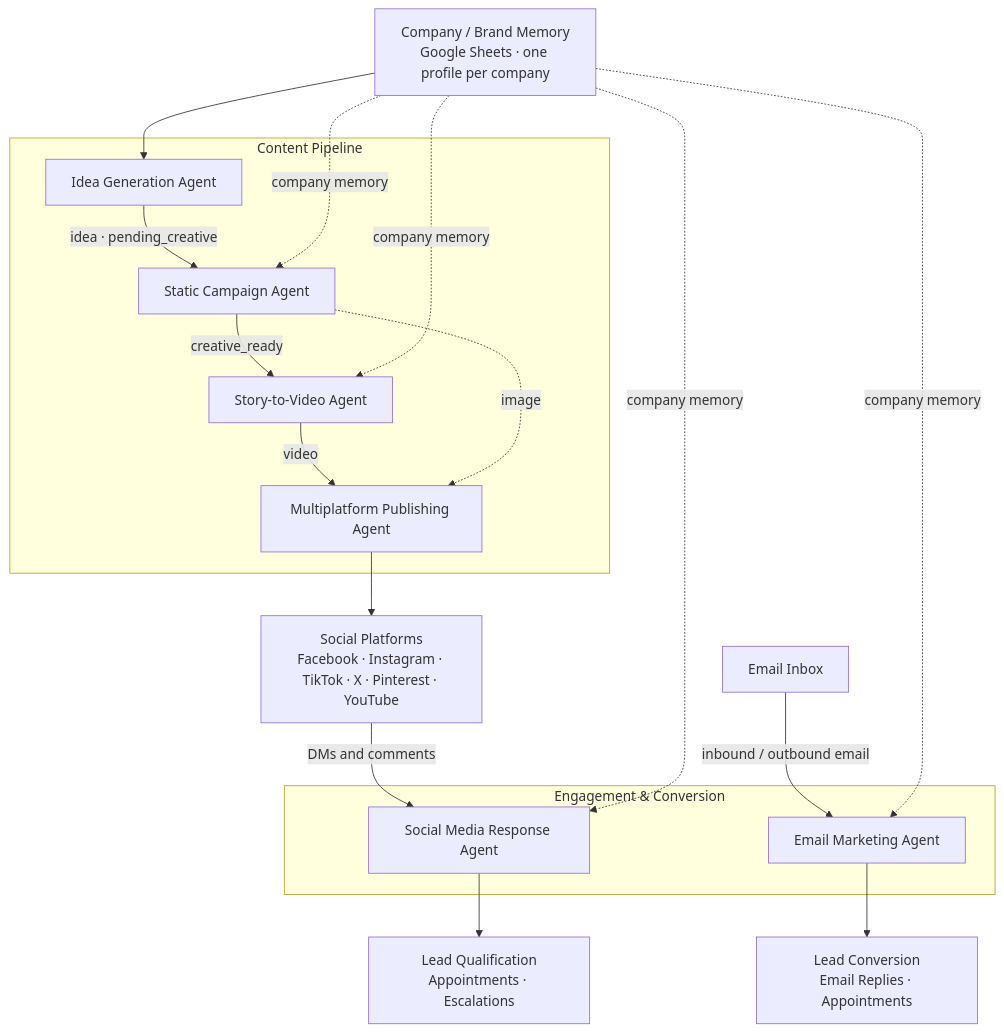
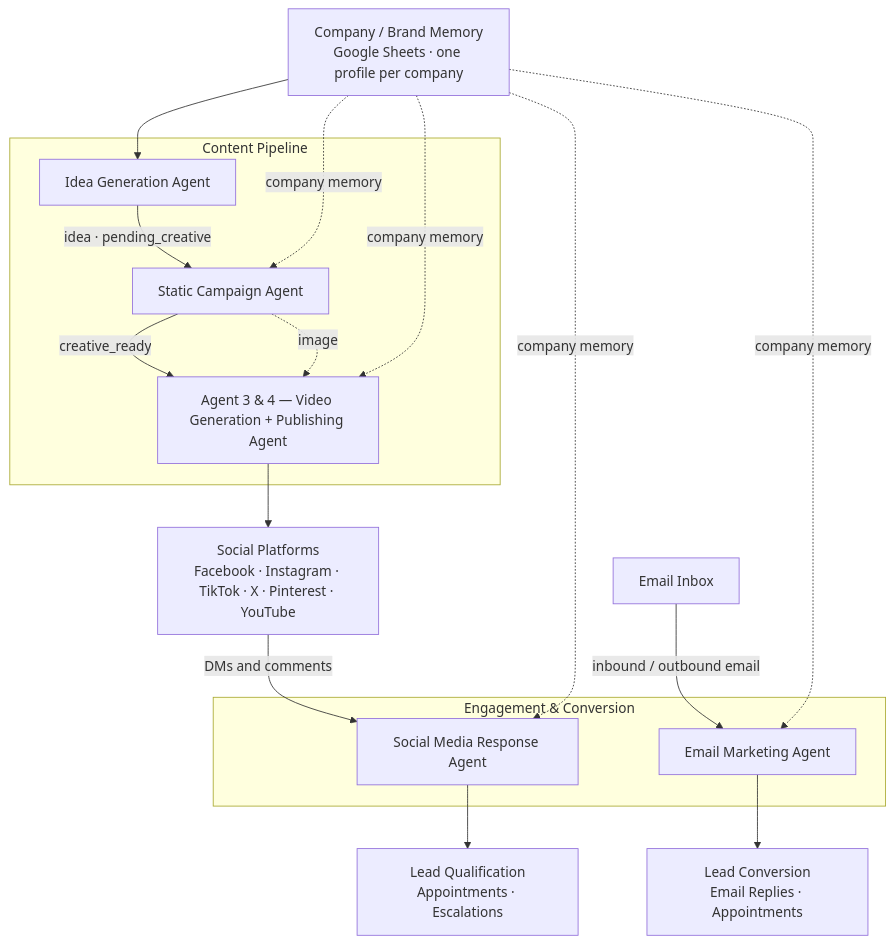
Before and after one commit to Anukul-Chandra/BrandFlow-AI---Autonomous-Multi-Agent-Marketing-System: the diagram in README.md, drawn with Mermaid. The commit also changed other lines of this file and 5 other files, not shown here.

````diff
--- a/README.md
+++ b/README.md
@@ -189,40 +158,38 @@
 ```mermaid
 flowchart TB
     M["Company / Brand Memory<br/>Google Sheets · one profile per company"]
 
     subgraph Pipeline ["Content Pipeline"]
         A1["Idea Generation Agent"]
         A2["Static Campaign Agent"]
-        A3["Story-to-Video Agent"]
-        A4["Multiplatform Publishing Agent"]
+        A3["Agent 3 & 4 — Video Generation + Publishing Agent"]
     end
 
     SP["Social Platforms<br/>Facebook · Instagram · TikTok · X · Pinterest · YouTube"]
 
     subgraph Engagement ["Engagement & Conversion"]
         E1["Social Media Response Agent"]
         E2["Email Marketing Agent"]
     end
 
     L1["Lead Qualification<br/>Appointments · Escalations"]
     L2["Lead Conversion<br/>Email Replies · Appointments"]
     EMAIL["Email Inbox"]
 
     M --> A1
     A1 -->|"idea · pending_creative"| A2
     A2 -->|"creative_ready"| A3
-    A3 -->|"video"| A4
-    A2 -.->|"image"| A4
-    A4 --> SP
+    A2 -.->|"image"| A3
+    A3 --> SP
 
     SP -->|"DMs and comments"| E1
     E1 --> L1
 
     EMAIL -->|"inbound / outbound email"| E2
     E2 --> L2
 
     M -.->|"company memory"| A2
     M -.->|"company memory"| A3
     M -.->|"company memory"| E1
     M -.->|"company memory"| E2
 ```
````
